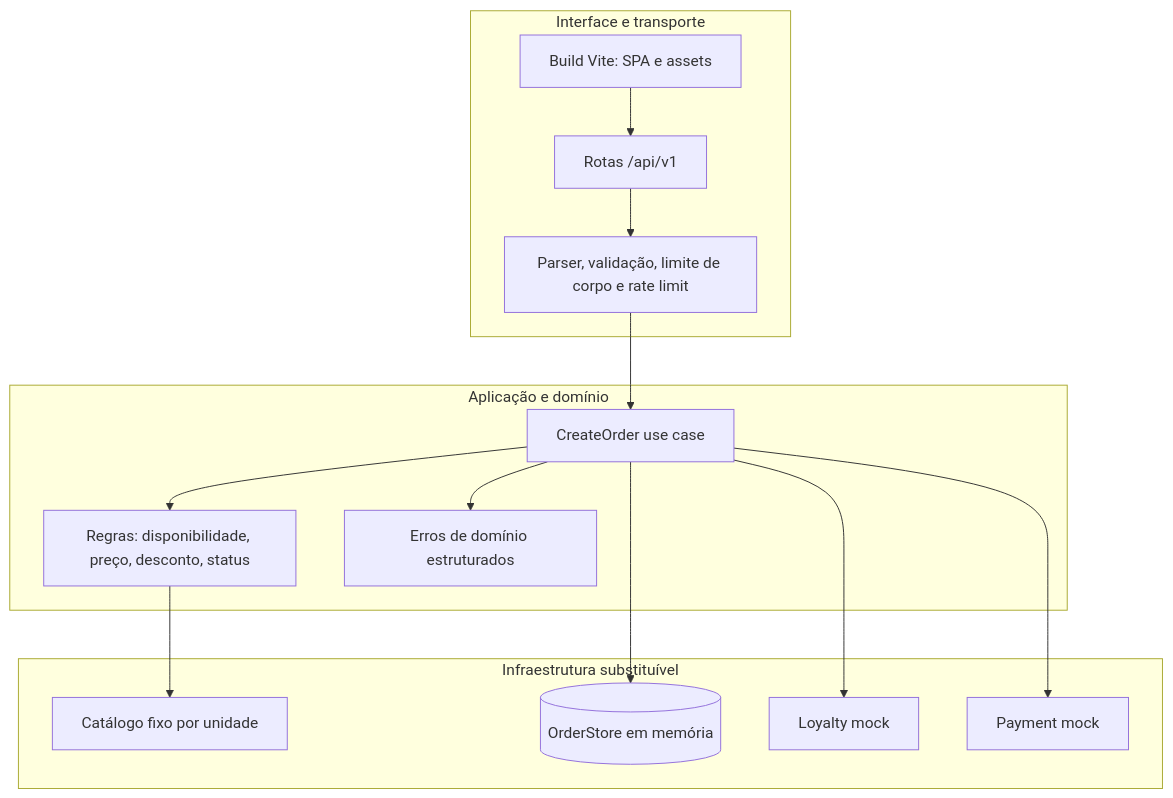
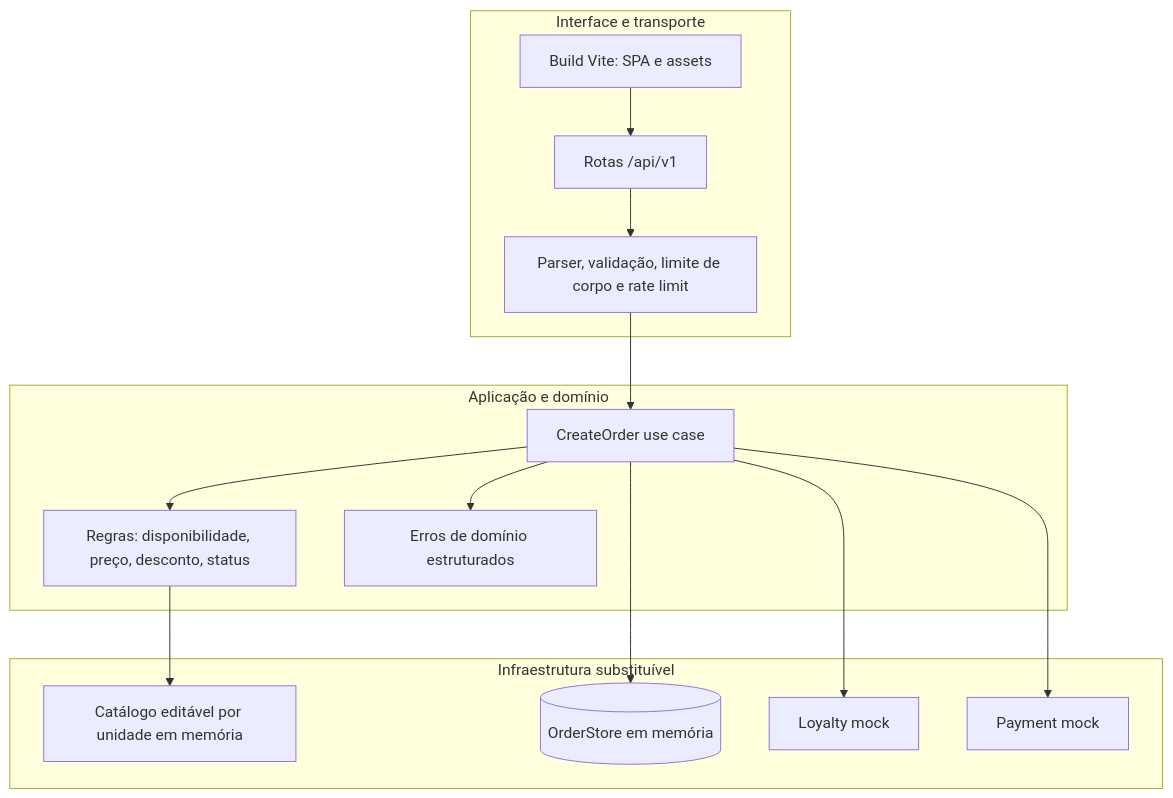
Before and after one commit to claiverty/RaizesDoNordeste: the second of 5 diagrams in docs/arquitetura.md, drawn with Mermaid. The commit also changed other lines of this file and 12 other files, not shown here.

````diff
--- a/docs/arquitetura.md
+++ b/docs/arquitetura.md
@@ -28,27 +29,27 @@
 ```mermaid
 flowchart TB
   subgraph HTTP[Interface e transporte]
     STATIC[Build Vite: SPA e assets]
     ROUTES[Rotas /api/v1]
     VALID[Parser, validação, limite de corpo e rate limit]
   end
   subgraph APP[Aplicação e domínio]
     UC[CreateOrder use case]
     RULES[Regras: disponibilidade, preço, desconto, status]
     ERR[Erros de domínio estruturados]
   end
   subgraph INFRA[Infraestrutura substituível]
-    CATALOG[Catálogo fixo por unidade]
+    CATALOG[Catálogo editável por unidade em memória]
     MEMORY[(OrderStore em memória)]
     LOYALTY[Loyalty mock]
     PAYMENT[Payment mock]
   end
   STATIC --> ROUTES
   ROUTES --> VALID --> UC
   UC --> RULES
   RULES --> CATALOG
   UC --> MEMORY
   UC --> LOYALTY
   UC --> PAYMENT
   UC --> ERR
 ```
````
